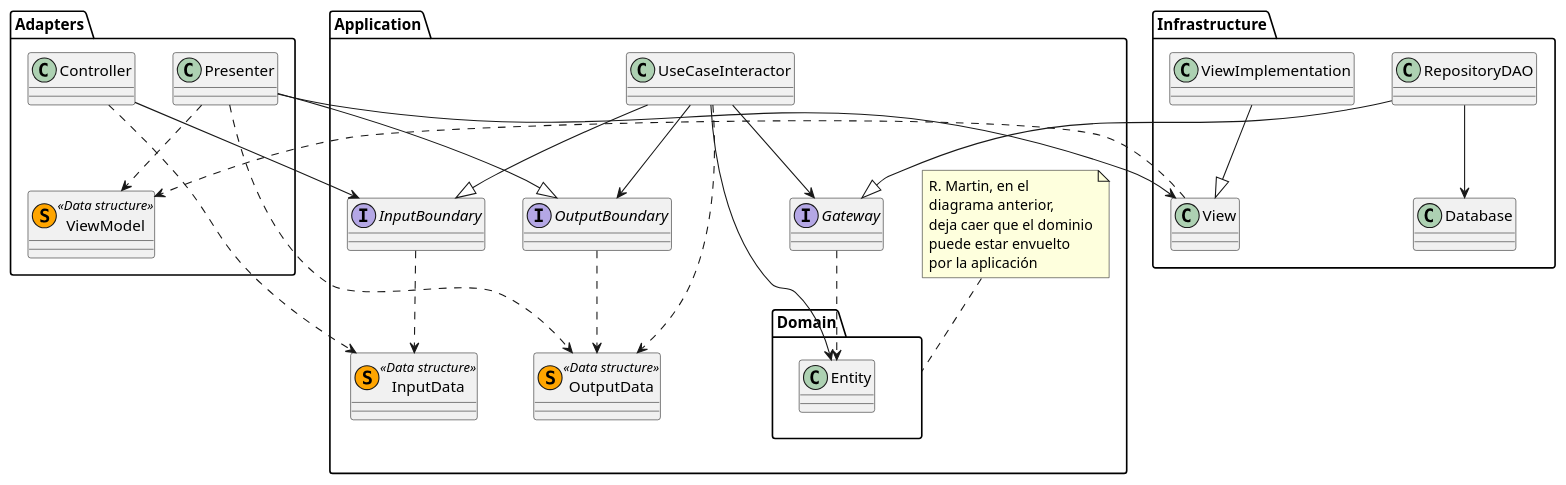
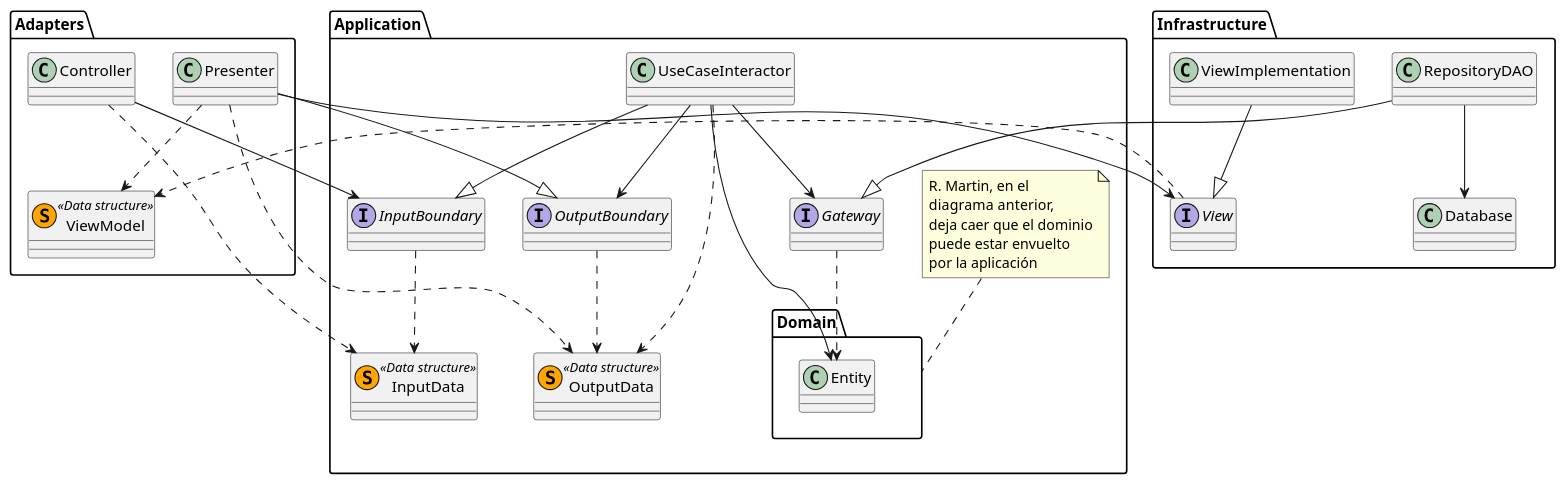
One commit to x-USantaTecla-game-uno/requirements changed the diagram in Docs/Architecture/CleanArchitecture-ClassesDiagram.puml. Above: the diagram before and after it, drawn with PlantUML. The commit also changed 6 other files, not shown here.

Commit message:
Architecture final version with summary diagram

```diff
--- a/Docs/Architecture/CleanArchitecture-ClassesDiagram.puml
+++ b/Docs/Architecture/CleanArchitecture-ClassesDiagram.puml
@@ -1,66 +1,68 @@
 @startuml
 'https://plantuml.com/class-diagram
 
 package Application
 {
     package Domain
     {
         class Entity
     }
     note top of Domain
     R. Martin, en el
     diagrama anterior,
     deja caer que el dominio
     puede estar envuelto
     por la aplicación
     end note
 
     UseCaseInteractor --> Entity
     
     UseCaseInteractor --|> InputBoundary 
     
     UseCaseInteractor ..> OutputData
     UseCaseInteractor --> OutputBoundary
    
     UseCaseInteractor --> Gateway
     
     interface InputBoundary
     interface OutputBoundary
     
     InputBoundary ..> InputData
     OutputBoundary ..> OutputData
     
     class InputData << (S, orange) Data structure>>
     class OutputData << (S, orange) Data structure>>
     
     interface Gateway
     Gateway ..> Entity
 }
 
 package Infrastructure
 {
+    interface View
+    
     RepositoryDAO --|> Gateway
     RepositoryDAO --> Database
     
     ViewImplementation --|> View
 }
 
 package Adapters
 {
     Controller ..> InputData
     Controller --> InputBoundary
     
     Presenter --|> OutputBoundary
     Presenter ..> OutputData
     
     Presenter ..> ViewModel
     Presenter --> View
     
     View ..> ViewModel
     
     class ViewModel << (S, orange) Data structure>>
 }
 
 
 
 @enduml
```
